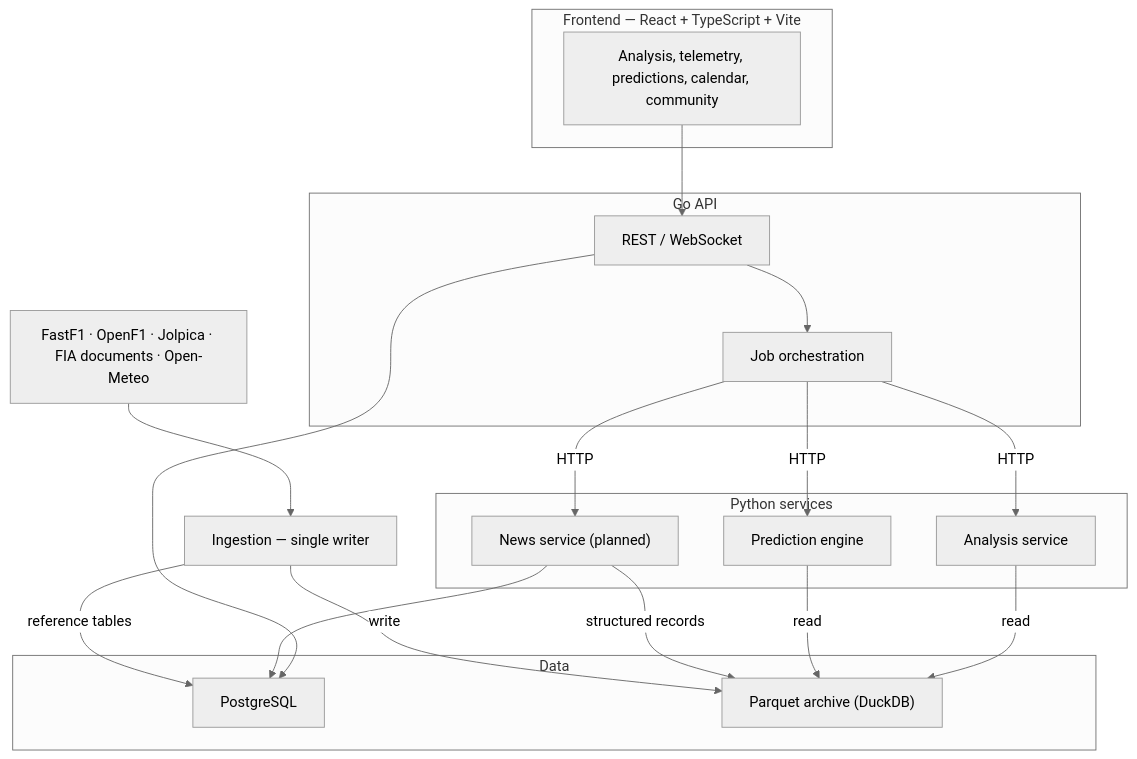
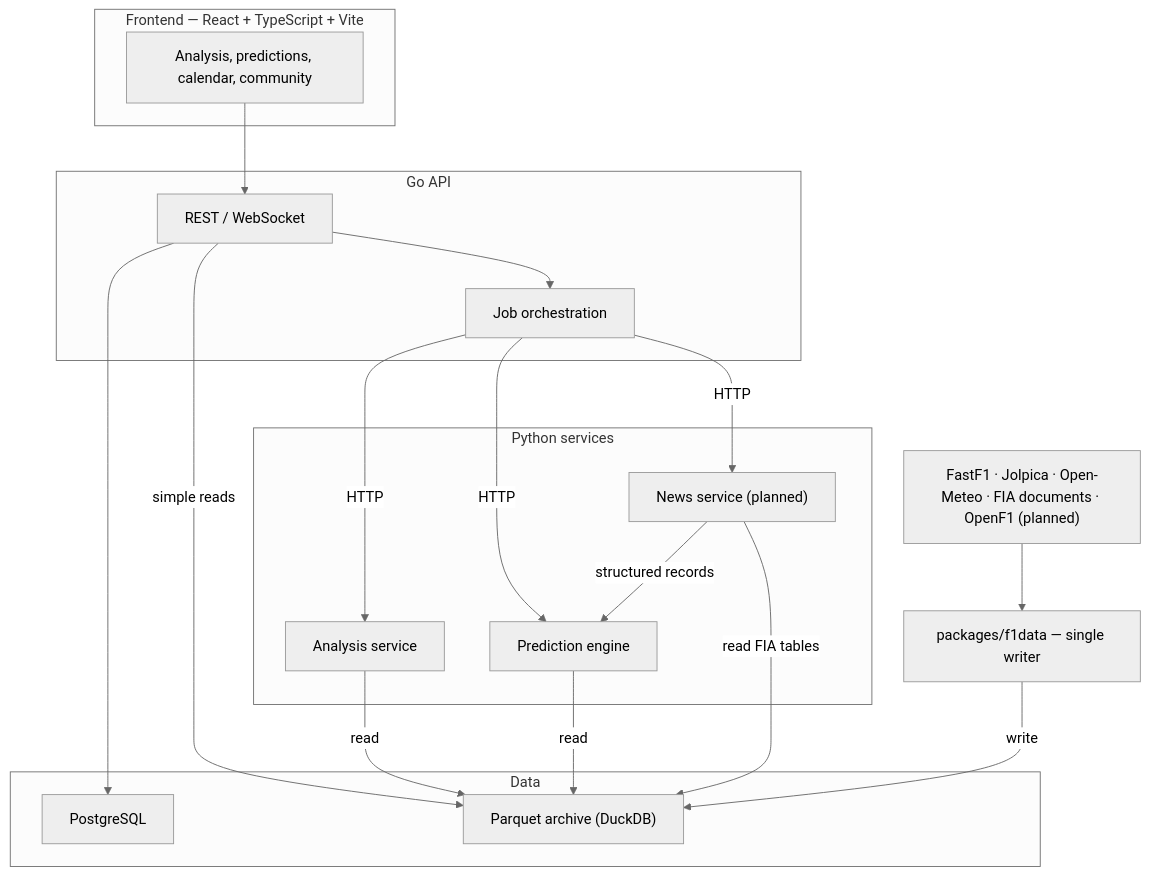
The diagram in Architecture.md (adityapandeydev/F1Stratagem), drawn with Mermaid (neutral theme) before and after one commit. The commit also changed other lines of this file and 4 other files, not shown here.

First line of the commit message:
docs: add subsystem designs and update architecture for the monorepo

````diff
--- a/Architecture.md
+++ b/Architecture.md
@@ -32,39 +35,39 @@
 ```mermaid
 graph TB
     subgraph Frontend["Frontend — React + TypeScript + Vite"]
-        UI["Analysis, telemetry, predictions, calendar, community"]
+        UI["Analysis, predictions, calendar, community"]
     end
 
     subgraph API["Go API"]
         REST["REST / WebSocket"]
         Jobs["Job orchestration"]
     end
 
     subgraph Services["Python services"]
         Analysis["Analysis service"]
         Predictor["Prediction engine"]
         News["News service (planned)"]
     end
 
     subgraph Data["Data"]
         PG["PostgreSQL"]
         Archive["Parquet archive (DuckDB)"]
     end
 
-    Ingest["Ingestion — single writer"]
-    Sources["FastF1 · OpenF1 · Jolpica · FIA documents · Open-Meteo"]
+    F1Data["packages/f1data — single writer"]
+    Sources["FastF1 · Jolpica · Open-Meteo · FIA documents · OpenF1 (planned)"]
 
     UI --> REST
     REST --> PG
+    REST -->|simple reads| Archive
     REST --> Jobs
     Jobs -->|HTTP| Analysis
     Jobs -->|HTTP| Predictor
     Jobs -->|HTTP| News
     Analysis -->|read| Archive
     Predictor -->|read| Archive
-    News --> PG
-    News -->|structured records| Archive
-    Sources --> Ingest
-    Ingest -->|write| Archive
-    Ingest -->|reference tables| PG
+    News -->|read FIA tables| Archive
+    News -->|structured records| Predictor
+    Sources --> F1Data
+    F1Data -->|write| Archive
 ```
````
